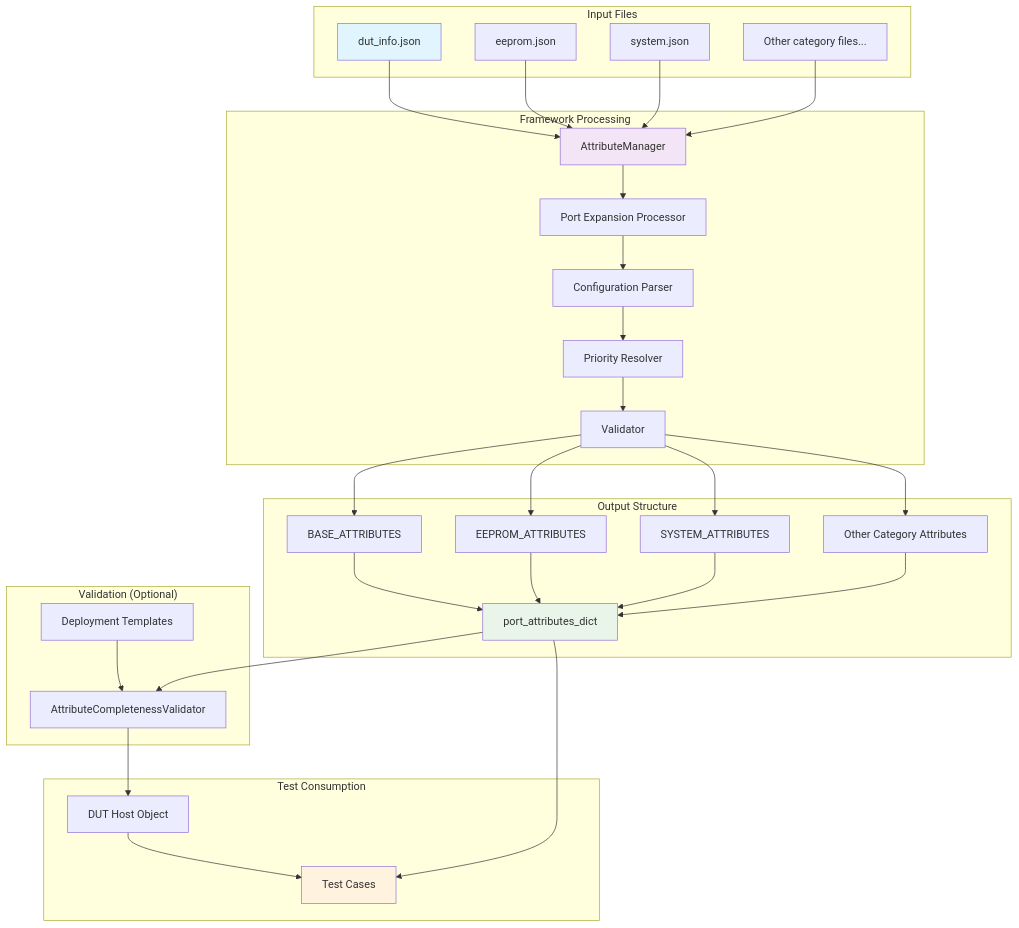
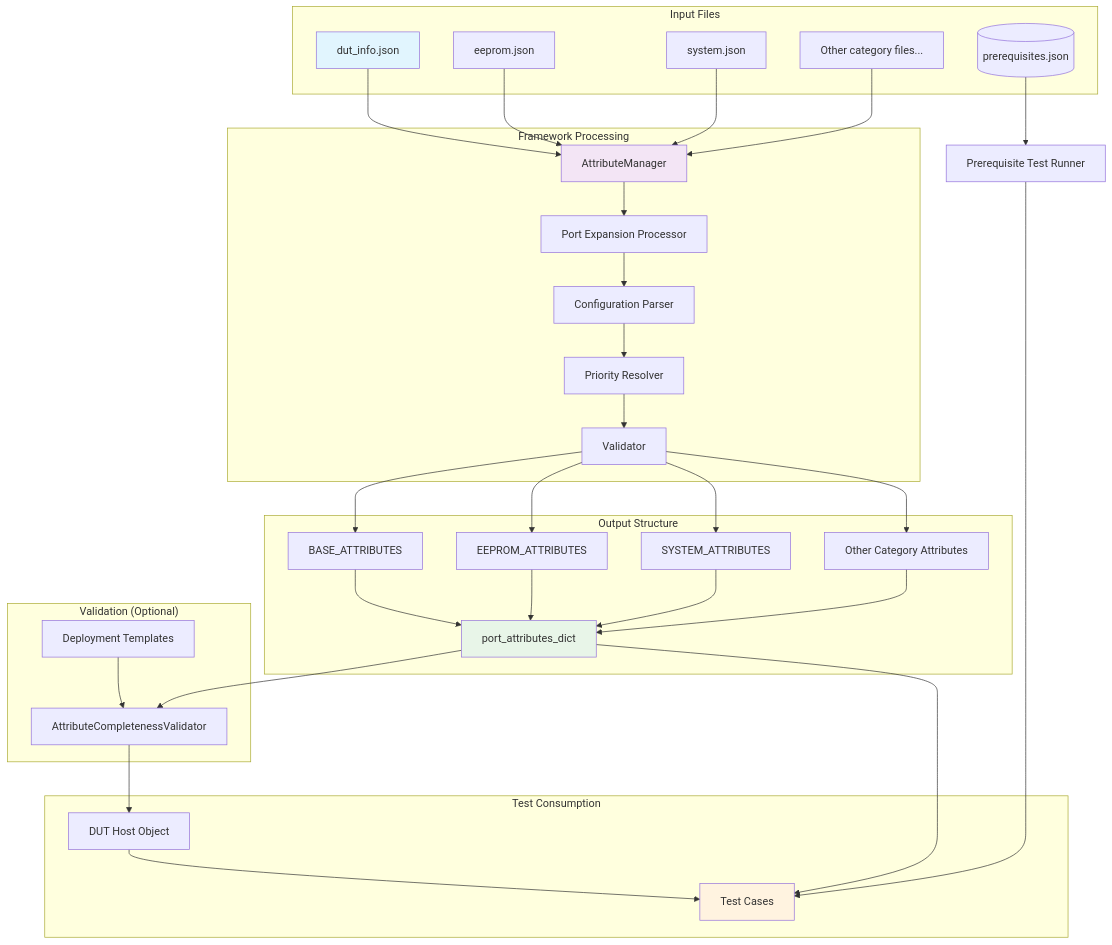
One commit to sonic-net/sonic-mgmt changed the first of 2 diagrams in docs/testplan/transceiver/diagrams/data_flow.md. Above: the diagram before and after it, drawn with Mermaid. The commit also changed other lines of this file and 2 other files, not shown here.

````diff
--- a/docs/testplan/transceiver/diagrams/data_flow.md
+++ b/docs/testplan/transceiver/diagrams/data_flow.md
@@ -5,66 +5,69 @@
 ```mermaid
 graph TB
     subgraph "Input Files"
         A[dut_info.json]
         B[eeprom.json]
         C[system.json] 
         D[Other category files...]
+    X[(prerequisites.json)]
     end
     
     subgraph "Framework Processing"
         E[AttributeManager]
         F[Port Expansion Processor]
         G[Configuration Parser]
         H[Priority Resolver]
         I[Validator]
     end
     
     subgraph "Output Structure"
         J[port_attributes_dict]
         K[BASE_ATTRIBUTES]
         L[EEPROM_ATTRIBUTES]
         M[SYSTEM_ATTRIBUTES]
         N[Other Category Attributes]
     end
     
     subgraph "Validation (Optional)"
         Q[Deployment Templates]
         R[AttributeCompletenessValidator]
     end
     
     subgraph "Test Consumption"
         O[Test Cases]
         P[DUT Host Object]
     end
     
     A --> E
     B --> E
     C --> E
     D --> E
+    X --> T[Prerequisite Test Runner]
+    T --> O
     
     E --> F
     F --> G
     G --> H
     H --> I
     
     I --> K
     I --> L
     I --> M
     I --> N
     
     K --> J
     L --> J
     M --> J
     N --> J
     
     J --> R
     Q --> R
     R --> P
     P --> O
     J --> O
     
     style A fill:#e1f5fe
     style E fill:#f3e5f5
     style J fill:#e8f5e8
     style O fill:#fff3e0
 ```
````
